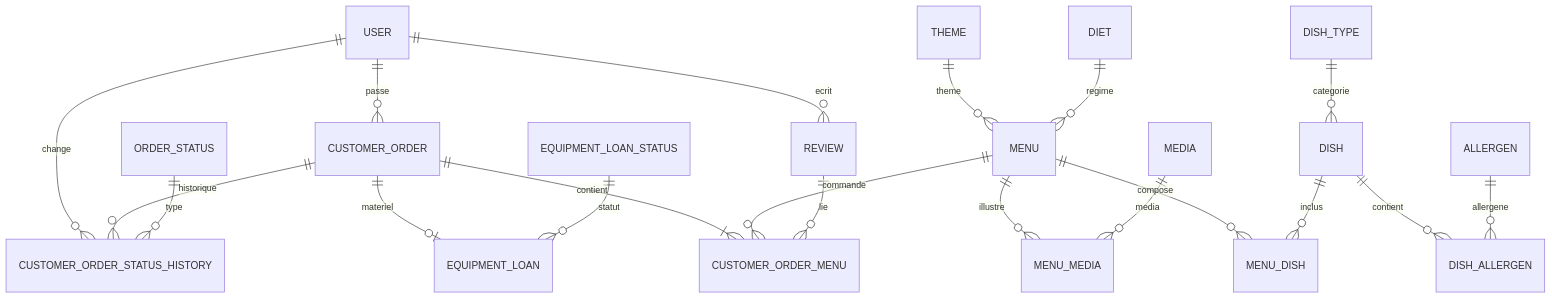
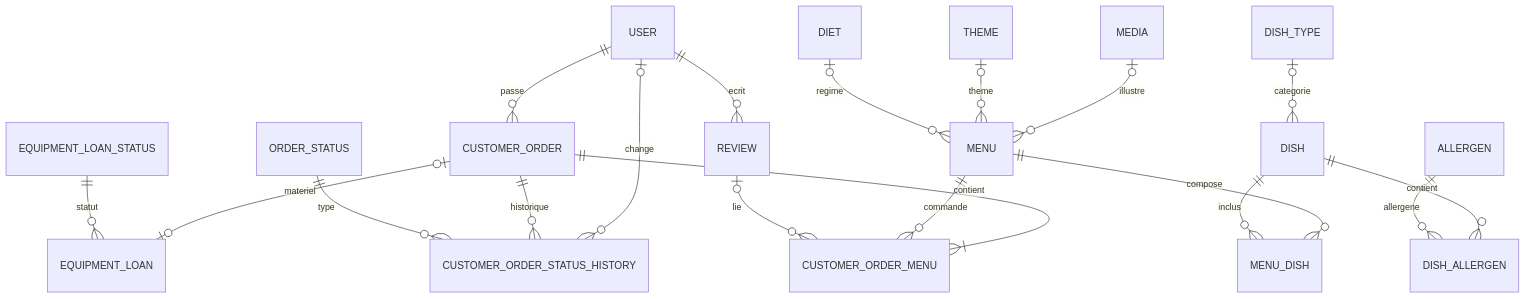
The diagram in docs/database/mcd.md (c41m07/vite-gourmand), drawn with Mermaid before and after one commit. The commit also changed other lines of this file and 3 other files, not shown here.

````diff
--- a/docs/database/mcd.md
+++ b/docs/database/mcd.md
@@ -7,28 +7,27 @@
 ```mermaid
 erDiagram
   USER ||--o{ CUSTOMER_ORDER : passe
   USER ||--o{ REVIEW : ecrit
-  USER ||--o{ CUSTOMER_ORDER_STATUS_HISTORY : change
+  USER o|--o{ CUSTOMER_ORDER_STATUS_HISTORY : change
 
   CUSTOMER_ORDER ||--|{ CUSTOMER_ORDER_MENU : contient
   CUSTOMER_ORDER ||--o{ CUSTOMER_ORDER_STATUS_HISTORY : historique
   ORDER_STATUS ||--o{ CUSTOMER_ORDER_STATUS_HISTORY : type
-  CUSTOMER_ORDER ||--o| EQUIPMENT_LOAN : materiel
+  CUSTOMER_ORDER o|--o| EQUIPMENT_LOAN : materiel
 
   EQUIPMENT_LOAN_STATUS ||--o{ EQUIPMENT_LOAN : statut
 
-  MENU ||--o{ MENU_MEDIA : illustre
-  MEDIA ||--o{ MENU_MEDIA : media
+  MEDIA o|--o{ MENU : illustre
 
   MENU ||--o{ MENU_DISH : compose
   DISH ||--o{ MENU_DISH : inclus
-  DISH_TYPE ||--o{ DISH : categorie
+  DISH_TYPE o|--o{ DISH : categorie
   DISH ||--o{ DISH_ALLERGEN : contient
   ALLERGEN ||--o{ DISH_ALLERGEN : allergene
 
   MENU ||--o{ CUSTOMER_ORDER_MENU : commande
-  REVIEW ||--o{ CUSTOMER_ORDER_MENU : lie
+  REVIEW o|--o{ CUSTOMER_ORDER_MENU : lie
 
-  THEME ||--o{ MENU : theme
-  DIET ||--o{ MENU : regime
+  THEME o|--o{ MENU : theme
+  DIET o|--o{ MENU : regime
 ```
````
